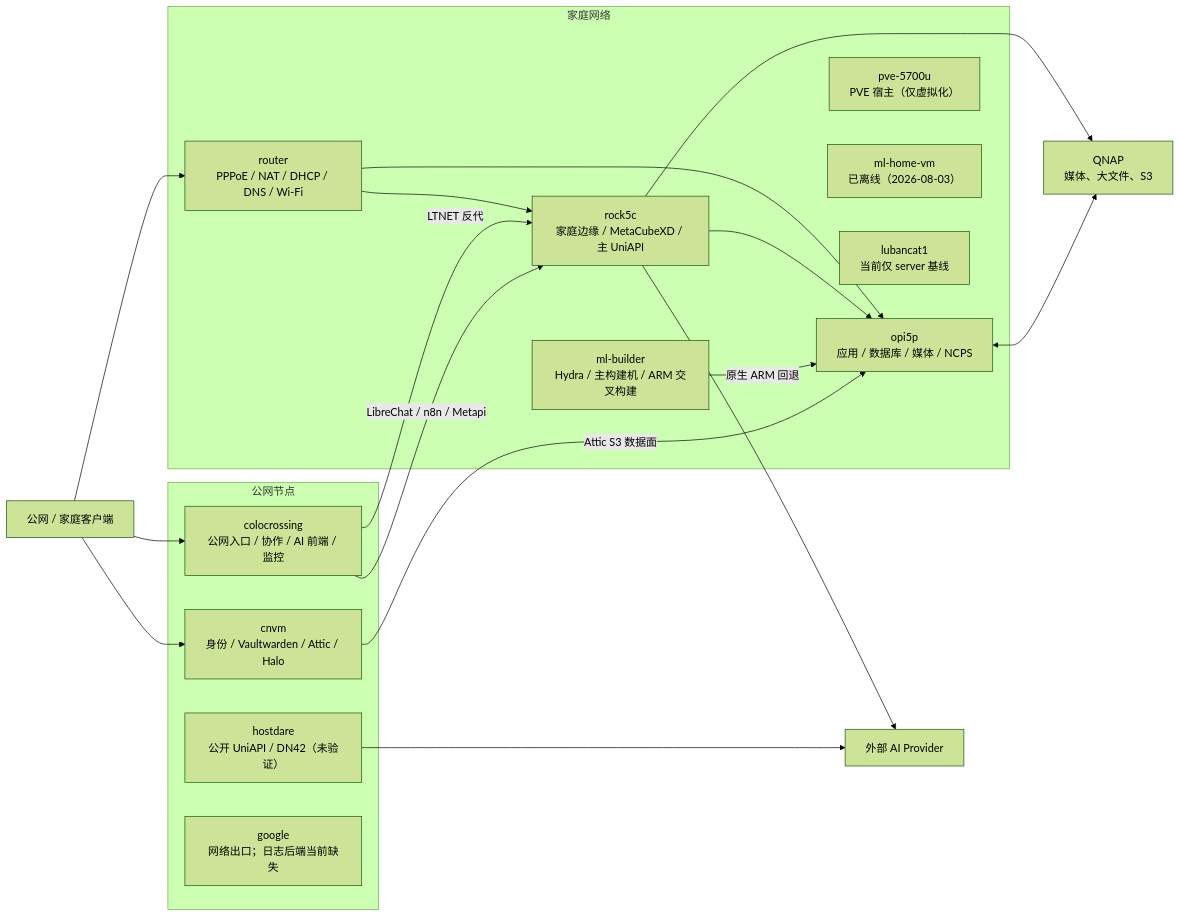
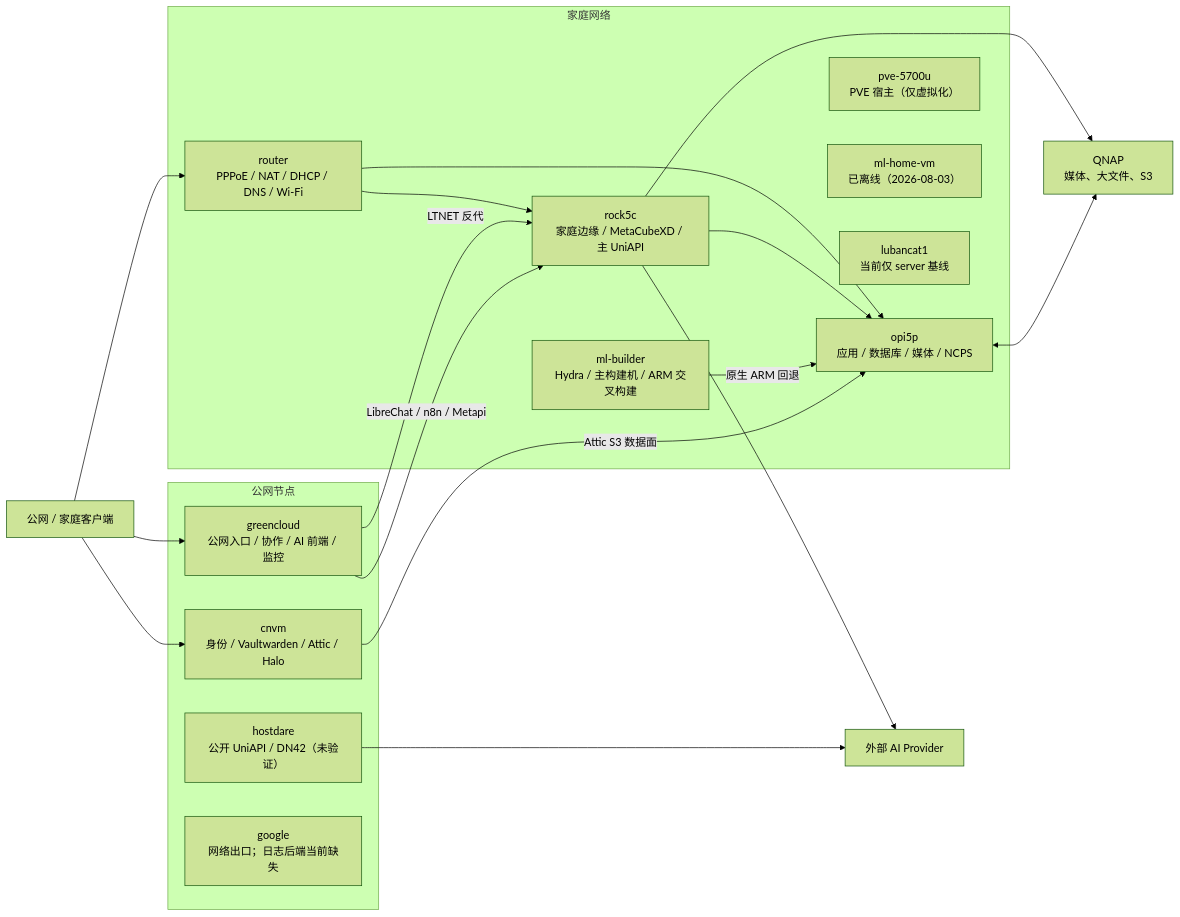
One commit to zhyiheihei/nixos-config changed the diagram in docs/infrastructure/fleet-service-chain.md. Above: the diagram before and after it, drawn with Mermaid (forest theme). The commit also changed other lines of this file and 76 other files, not shown here.

First line of the commit message:
refactor(hosts): rename colocrossing to greencloud (provider name)

````diff
--- a/docs/infrastructure/fleet-service-chain.md
+++ b/docs/infrastructure/fleet-service-chain.md
@@ -20,38 +20,38 @@
 ```mermaid
 flowchart LR
   Client["公网 / 家庭客户端"]
   Provider["外部 AI Provider"]
   QNAP["QNAP\n媒体、大文件、S3"]
 
   subgraph Public["公网节点"]
     CNVM["cnvm\n身份 / Vaultwarden / Attic / Halo"]
-    Colo["colocrossing\n公网入口 / 协作 / AI 前端 / 监控"]
+    Colo["greencloud\n公网入口 / 协作 / AI 前端 / 监控"]
     JPVM["hostdare\n公开 UniAPI / DN42（未验证）"]
     USVM["google\n网络出口；日志后端当前缺失"]
   end
 
   subgraph Home["家庭网络"]
     Router["router\nPPPoE / NAT / DHCP / DNS / Wi-Fi"]
     Rock["rock5c\n家庭边缘 / MetaCubeXD / 主 UniAPI"]
     OPI["opi5p\n应用 / 数据库 / 媒体 / NCPS"]
     PVE["pve-5700u\nPVE 宿主（仅虚拟化）"]
     Builder["ml-builder\nHydra / 主构建机 / ARM 交叉构建"]
     OldVM["ml-home-vm\n已离线（2026-08-03）"]
     Luban["lubancat1\n当前仅 server 基线"]
   end
 
   Client --> Colo
   Client --> CNVM
   Client --> Router
   Router --> Rock
   Router --> OPI
   Colo -->|"LTNET 反代"| Rock
   Rock --> OPI
   Rock --> QNAP
   OPI <--> QNAP
   Colo -->|"LibreChat / n8n / Metapi"| Rock
   Rock --> Provider
   JPVM --> Provider
   Builder -->|"原生 ARM 回退"| OPI
   CNVM -->|"Attic S3 数据面"| OPI
 ```
````
